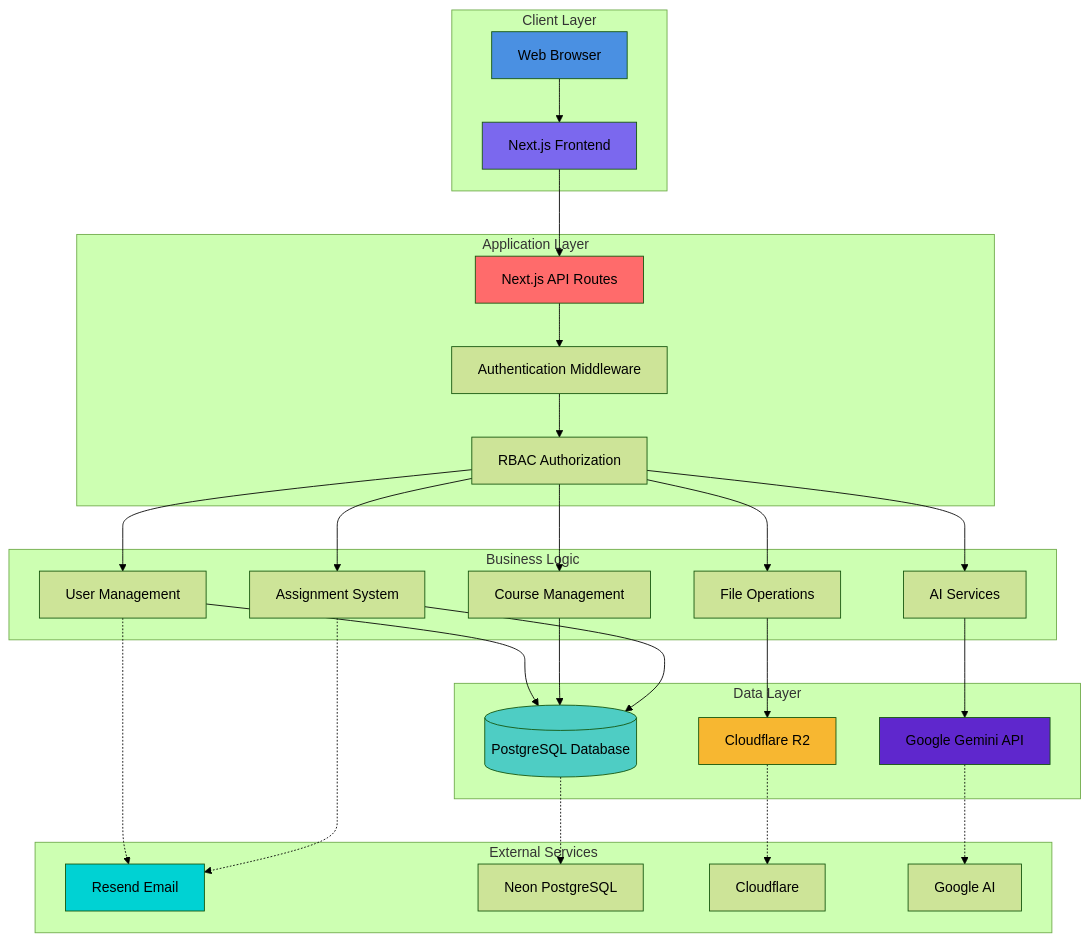
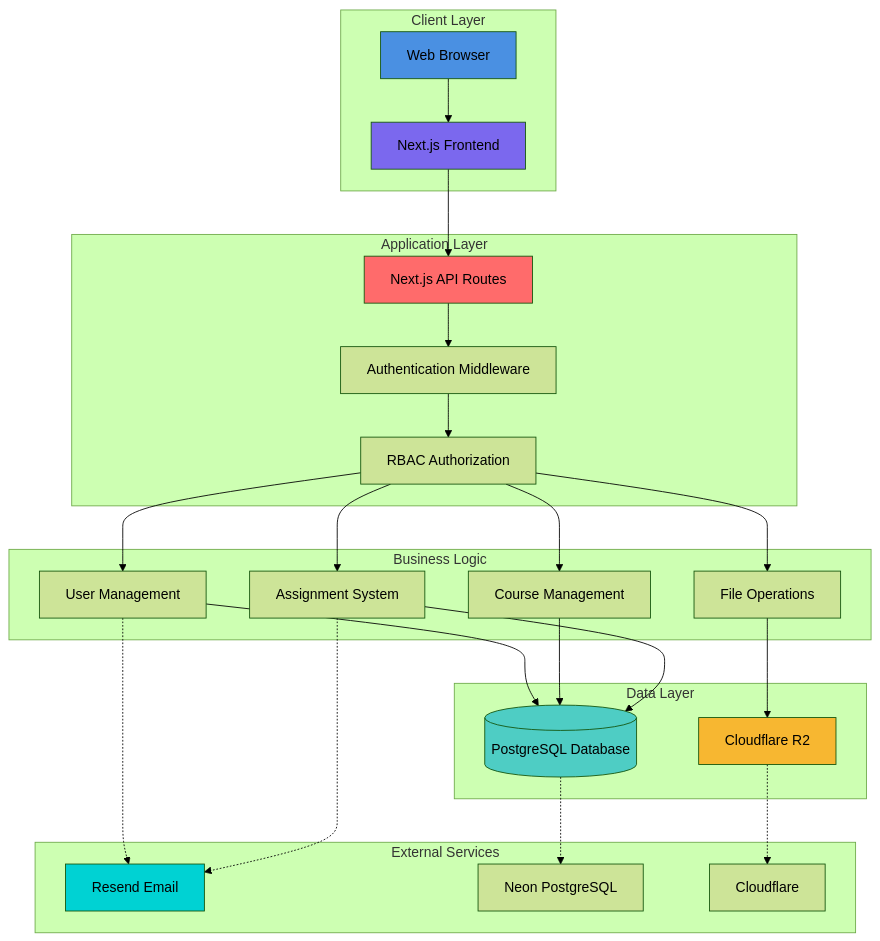
One commit to GameHelix/jetpack_joyride changed the first of 10 diagrams in docs/README.md. Above: the diagram before and after it, drawn with Mermaid (forest theme). The commit also changed other lines of this file and 15 other files, not shown here.

````diff
--- a/docs/README.md
+++ b/docs/README.md
@@ -62,44 +61,40 @@
 ```mermaid
 graph TB
     subgraph "Client Layer"
         A[Web Browser] --> B[Next.js Frontend]
     end
 
     subgraph "Application Layer"
         B --> C[Next.js API Routes]
         C --> D[Authentication Middleware]
         D --> E[RBAC Authorization]
     end
 
     subgraph "Business Logic"
         E --> F[User Management]
         E --> G[Course Management]
         E --> H[Assignment System]
         E --> I[File Operations]
-        E --> J[AI Services]
     end
 
     subgraph "Data Layer"
         F --> K[(PostgreSQL Database)]
         G --> K
         H --> K
         I --> L[Cloudflare R2]
-        J --> M[Google Gemini API]
     end
 
     subgraph "External Services"
         F -.-> N[Resend Email]
         H -.-> N
         K -.-> O[Neon PostgreSQL]
         L -.-> P[Cloudflare]
-        M -.-> Q[Google AI]
     end
 
     style A fill:#4A90E2
     style B fill:#7B68EE
     style C fill:#FF6B6B
     style K fill:#4ECDC4
     style L fill:#F7B731
-    style M fill:#5F27CD
     style N fill:#00D2D3
 ```
````
